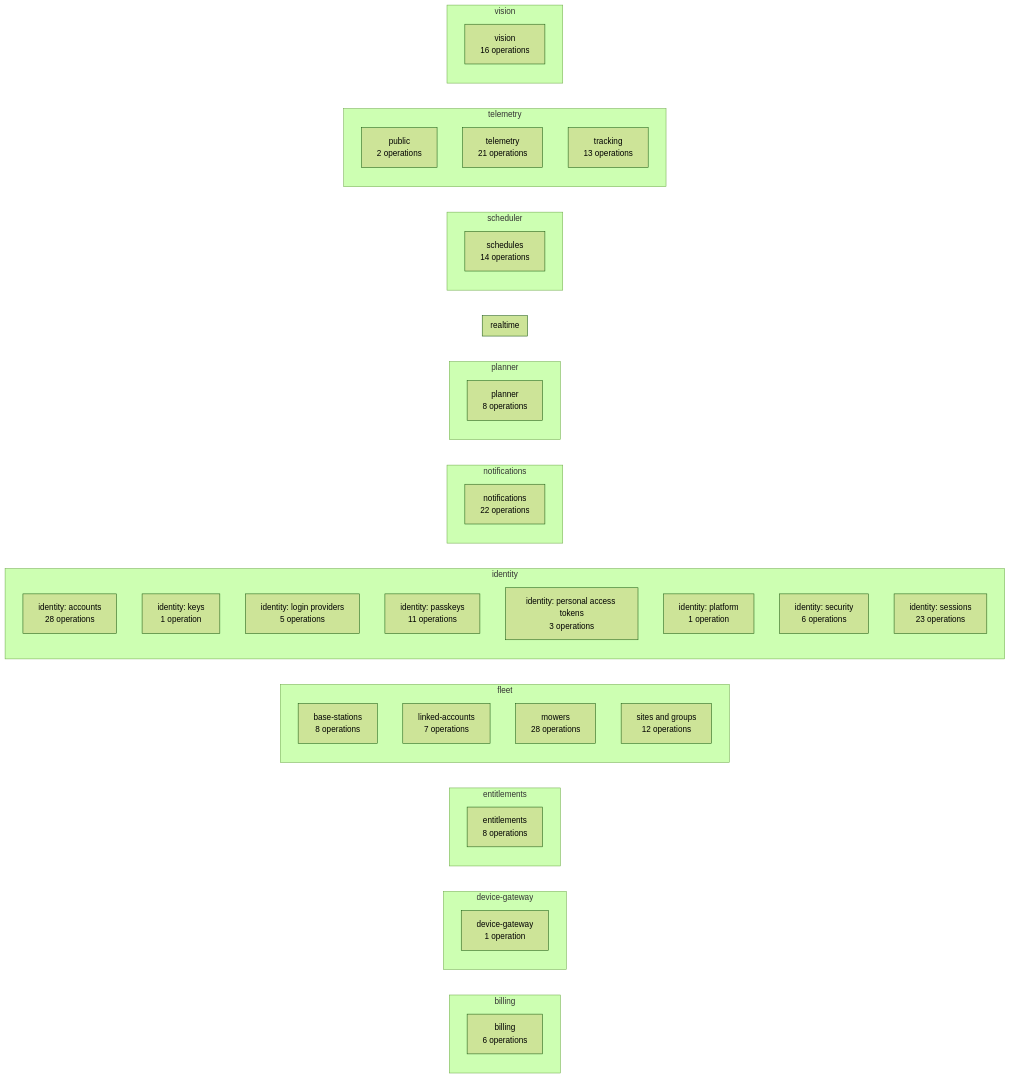
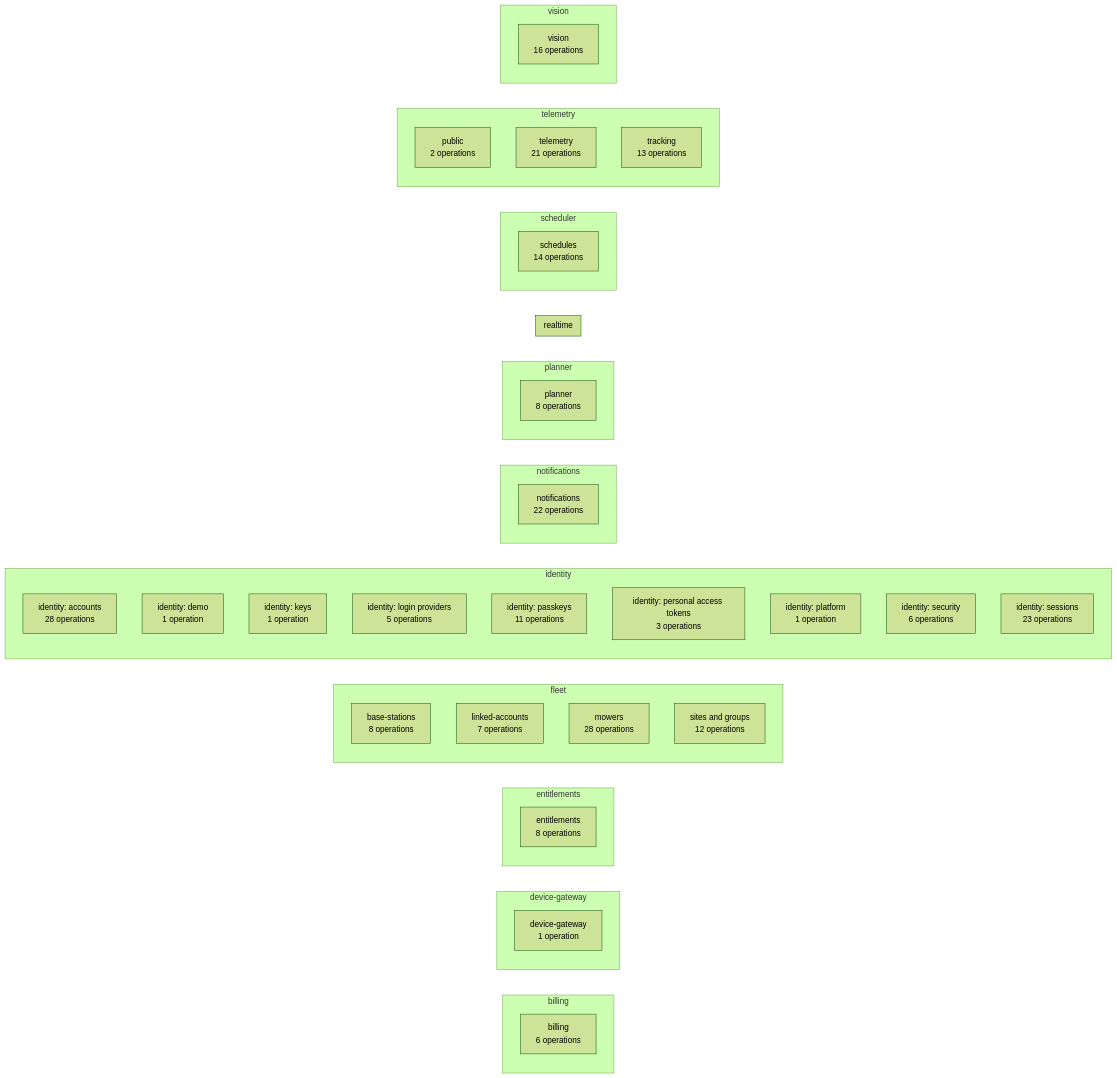
Diagram 14 of 15 in docs/architecture/generated.md (lukislp/mowdeck), drawn with Mermaid (forest theme) before and after one commit. The commit also changed other lines of this file and 85 other files, not shown here.

````diff
--- a/docs/architecture/generated.md
+++ b/docs/architecture/generated.md
@@ -435,58 +435,59 @@
 ```mermaid
 flowchart LR
   subgraph billing["billing"]
     direction TB
     billing_billing["billing<br/>6 operations"]
   end
   subgraph device_gateway["device-gateway"]
     direction TB
     device_gateway_device_gateway["device-gateway<br/>1 operation"]
   end
   subgraph entitlements["entitlements"]
     direction TB
     entitlements_entitlements["entitlements<br/>8 operations"]
   end
   subgraph fleet["fleet"]
     direction TB
     fleet_base_stations["base-stations<br/>8 operations"]
     fleet_linked_accounts["linked-accounts<br/>7 operations"]
     fleet_mowers["mowers<br/>28 operations"]
     fleet_sites_and_groups["sites and groups<br/>12 operations"]
   end
   subgraph identity["identity"]
     direction TB
     identity_identity__accounts["identity: accounts<br/>28 operations"]
+    identity_identity__demo["identity: demo<br/>1 operation"]
     identity_identity__keys["identity: keys<br/>1 operation"]
     identity_identity__login_providers["identity: login providers<br/>5 operations"]
     identity_identity__passkeys["identity: passkeys<br/>11 operations"]
     identity_identity__personal_access_tokens["identity: personal access tokens<br/>3 operations"]
     identity_identity__platform["identity: platform<br/>1 operation"]
     identity_identity__security["identity: security<br/>6 operations"]
     identity_identity__sessions["identity: sessions<br/>23 operations"]
   end
   subgraph notifications["notifications"]
     direction TB
     notifications_notifications["notifications<br/>22 operations"]
   end
   subgraph planner["planner"]
     direction TB
     planner_planner["planner<br/>8 operations"]
   end
   subgraph realtime["realtime"]
     direction TB
   end
   subgraph scheduler["scheduler"]
     direction TB
     scheduler_schedules["schedules<br/>14 operations"]
   end
   subgraph telemetry["telemetry"]
     direction TB
     telemetry_public["public<br/>2 operations"]
     telemetry_telemetry["telemetry<br/>21 operations"]
     telemetry_tracking["tracking<br/>13 operations"]
   end
   subgraph vision["vision"]
     direction TB
     vision_vision["vision<br/>16 operations"]
   end
 ```
````
